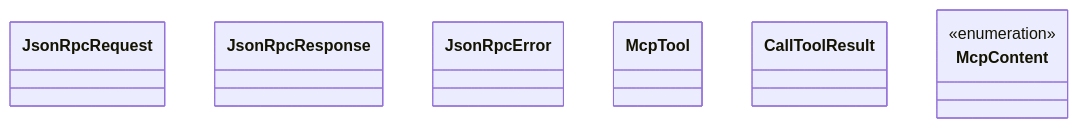
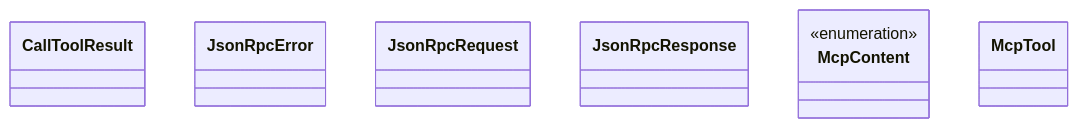
One commit to lgcorzo/rust_CACD_autonomous_factory changed the first of 2 diagrams in openwiki/crates_factory-mcp-server_src_protocol_rs.md. Above: the diagram before and after it, drawn with Mermaid. The commit also changed other lines of this file and 78 other files, not shown here.

````diff
--- a/openwiki/crates_factory-mcp-server_src_protocol_rs.md
+++ b/openwiki/crates_factory-mcp-server_src_protocol_rs.md
@@ -226,18 +226,18 @@
 ```mermaid
 classDiagram
     direction BT
+    class CallToolResult {
+    }
+    class JsonRpcError {
+    }
     class JsonRpcRequest {
     }
     class JsonRpcResponse {
     }
-    class JsonRpcError {
+    class McpContent {
+        <<enumeration>>
     }
     class McpTool {
     }
-    class CallToolResult {
-    }
-    class McpContent {
-        <<enumeration>>
-    }
 
 ```
````
